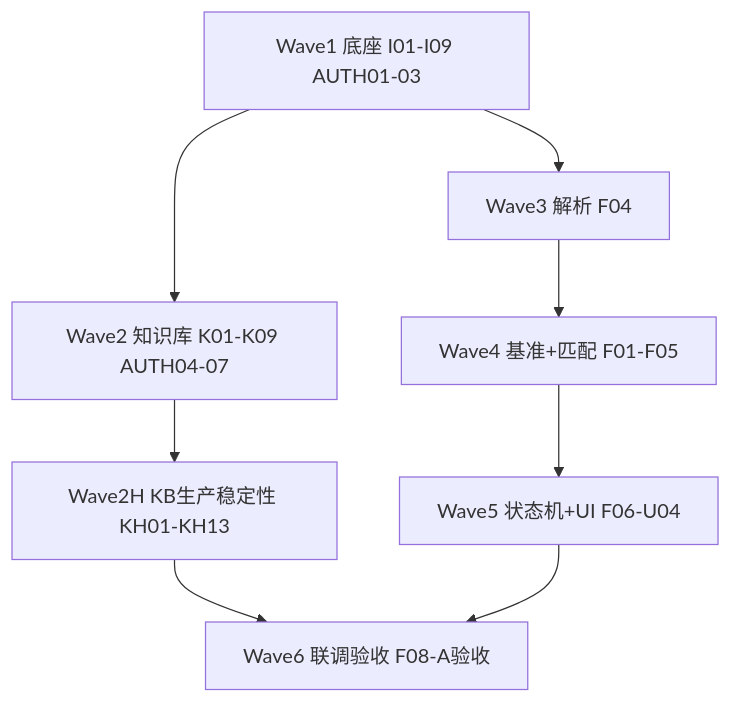
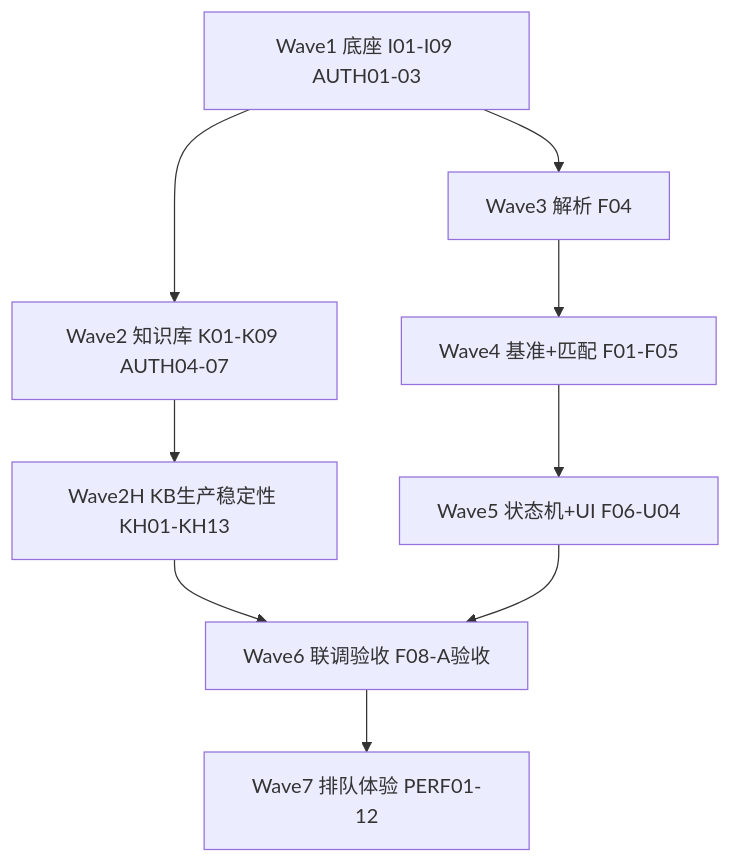
Before and after one commit to adle129/aria: the diagram in docs/R1/r1-execution-plan.md, drawn with Mermaid. The commit also changed other lines of this file and 34 other files, not shown here.

````diff
--- a/docs/R1/r1-execution-plan.md
+++ b/docs/R1/r1-execution-plan.md
@@ -24,17 +30,19 @@
 ```mermaid
 flowchart TB
   W1[Wave1 底座 I01-I09 AUTH01-03]
   W2[Wave2 知识库 K01-K09 AUTH04-07]
   W2H[Wave2H KB生产稳定性 KH01-KH13]
   W3[Wave3 解析 F04]
   W4[Wave4 基准+匹配 F01-F05]
   W5[Wave5 状态机+UI F06-U04]
   W6[Wave6 联调验收 F08-A验收]
+  W7[Wave7 排队体验 PERF01-12]
   W1 --> W3
   W1 --> W2
   W2 --> W2H
   W2H --> W6
   W3 --> W4
   W4 --> W5
   W5 --> W6
+  W6 --> W7
 ```
````
